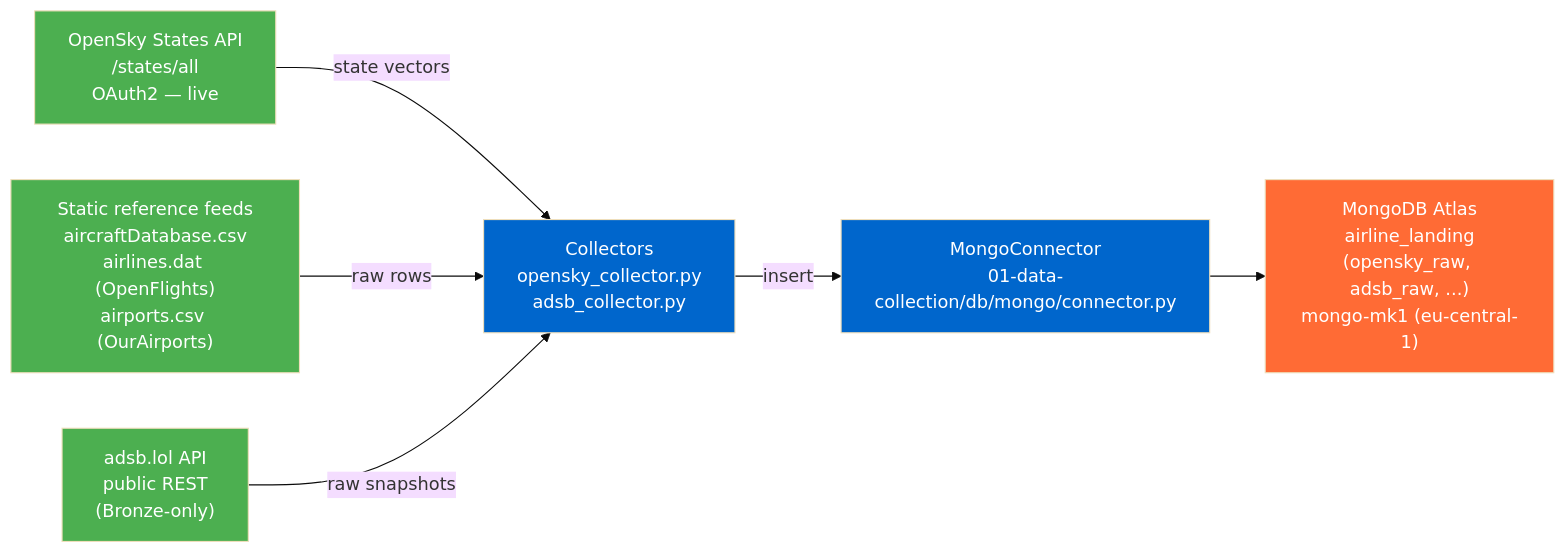
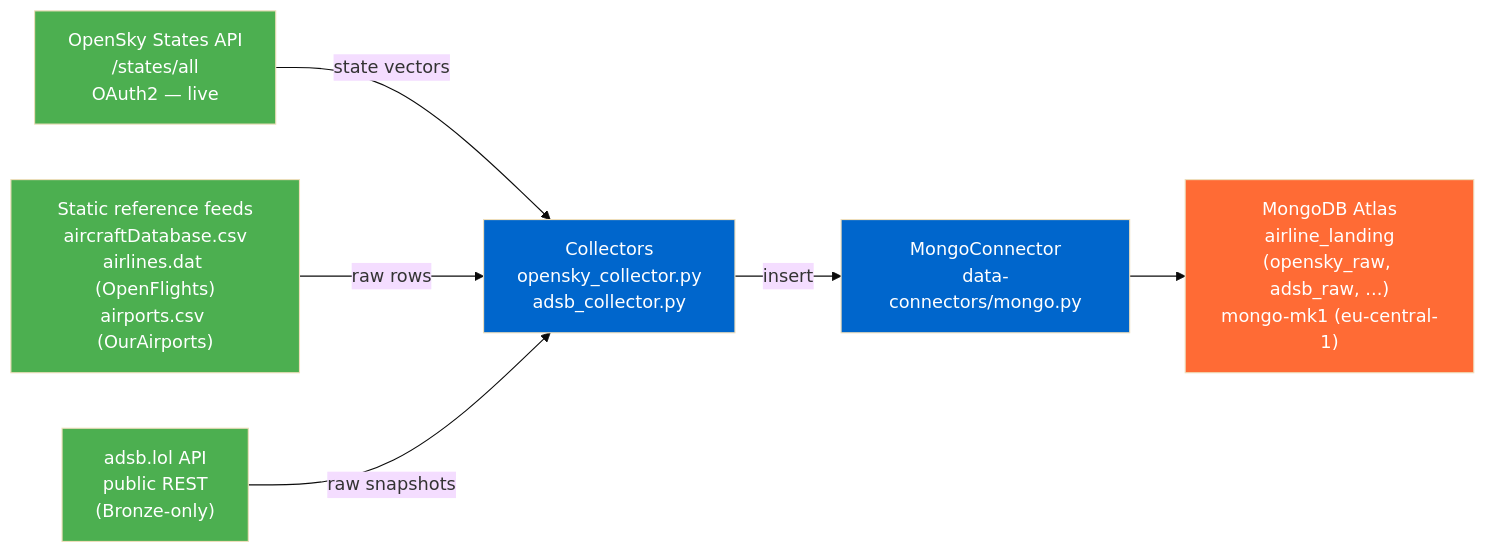
One commit to MatthiasSails/airline-data-platform changed the first of 6 diagrams in docs/architecture/README.md. Above: the diagram before and after it, drawn with Mermaid (base theme). The commit also changed other lines of this file and 42 other files, not shown here.

````diff
--- a/docs/architecture/README.md
+++ b/docs/architecture/README.md
@@ -24,20 +24,20 @@
 ```mermaid
 graph LR
     OS["OpenSky States API<br/>/states/all<br/>OAuth2 — live"]
     REF["Static reference feeds<br/>aircraftDatabase.csv<br/>airlines.dat (OpenFlights)<br/>airports.csv (OurAirports)"]
     ADSB["adsb.lol API<br/>public REST<br/>(Bronze-only)"]
 
     OS -->|state vectors| COL["Collectors<br/>opensky_collector.py<br/>adsb_collector.py"]
     REF -->|raw rows| COL
     ADSB -->|raw snapshots| COL
 
-    COL -->|insert| CON["MongoConnector<br/>01-data-collection/db/mongo/connector.py"]
+    COL -->|insert| CON["MongoConnector<br/>data-connectors/mongo.py"]
     CON --> MDB["MongoDB Atlas<br/>airline_landing<br/>(opensky_raw, adsb_raw, ...)<br/>mongo-mk1 (eu-central-1)"]
 
     style OS fill:#4CAF50,color:#fff
     style REF fill:#4CAF50,color:#fff
     style ADSB fill:#4CAF50,color:#fff
     style COL fill:#0066CC,color:#fff
     style CON fill:#0066CC,color:#fff
     style MDB fill:#FF6B35,color:#fff
 ```
````
